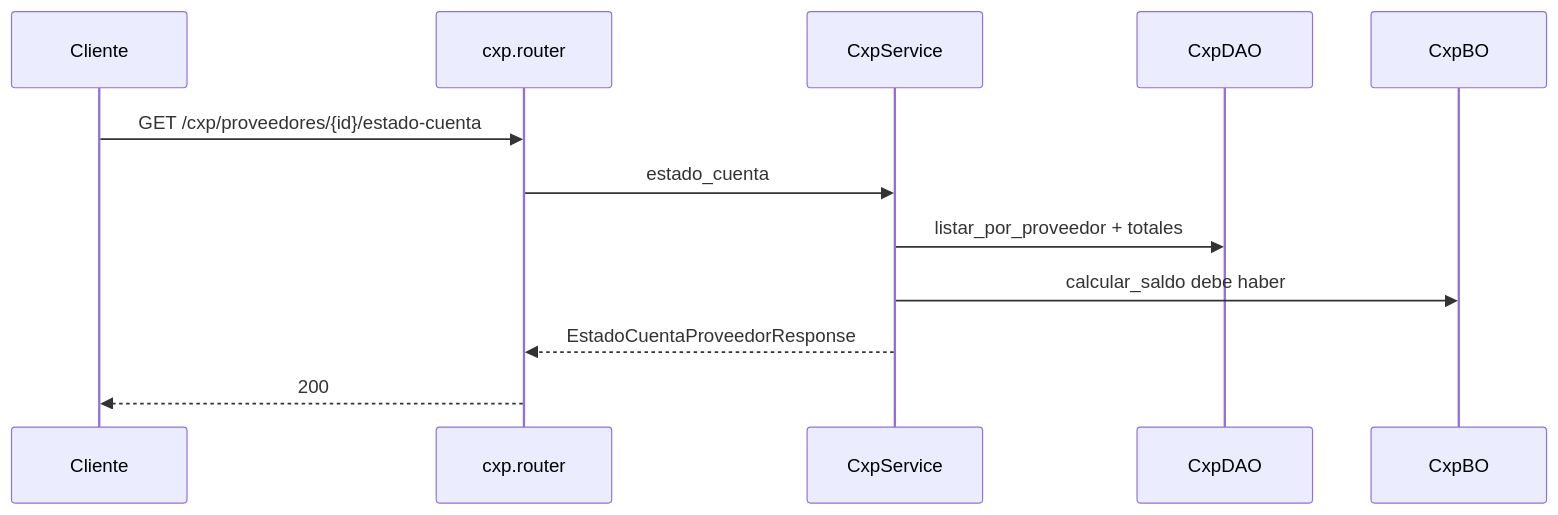
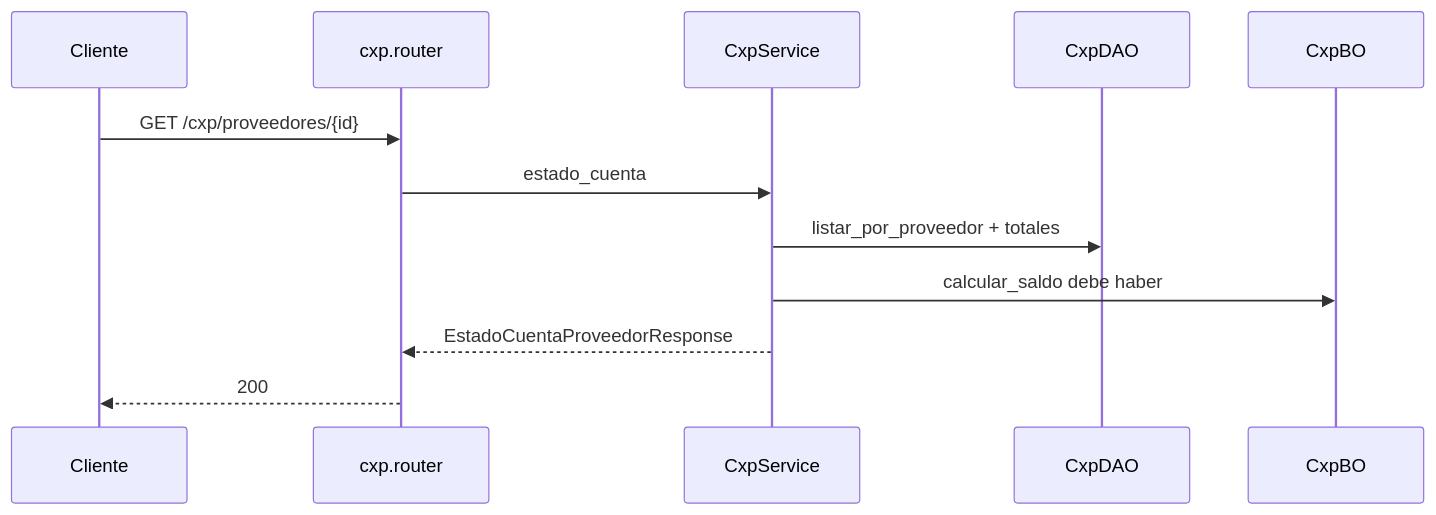
One commit to estsan3/ventas360-api changed the second of 2 diagrams in docs/diagramas/cxp.md. Above: the diagram before and after it, drawn with Mermaid. The commit also changed other lines of this file and 16 other files, not shown here.

First line of the commit message:
docs: diagramas de secuencia por módulo (sync 2026-09-15)

````diff
--- a/docs/diagramas/cxp.md
+++ b/docs/diagramas/cxp.md
@@ -29,15 +29,15 @@
 ```mermaid
 sequenceDiagram
     participant Cliente
     participant Router as cxp.router
     participant Service as CxpService
     participant DAO as CxpDAO
     participant BO as CxpBO
 
-    Cliente->>Router: GET /cxp/proveedores/{id}/estado-cuenta
+    Cliente->>Router: GET /cxp/proveedores/{id}
     Router->>Service: estado_cuenta
     Service->>DAO: listar_por_proveedor + totales
     Service->>BO: calcular_saldo debe haber
     Service-->>Router: EstadoCuentaProveedorResponse
     Router-->>Cliente: 200
 ```
````
